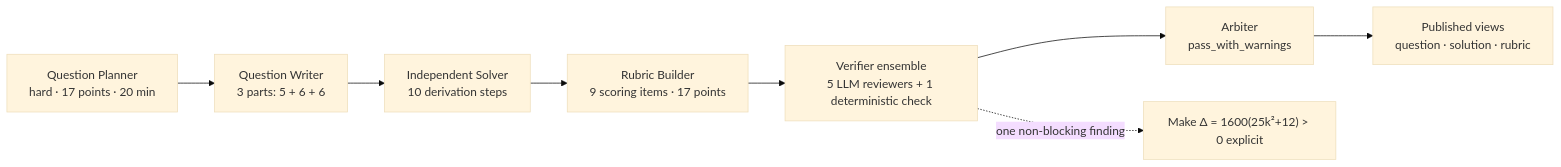
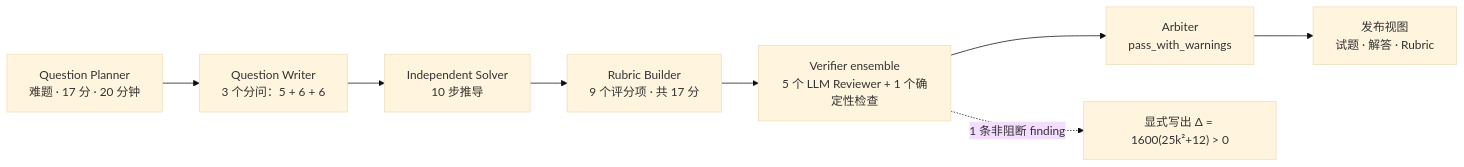
One commit to kyc001/assessment-workbench changed the second of 13 diagrams in README.md. Above: the diagram before and after it, drawn with Mermaid (base theme). The commit also changed other lines of this file and 2 other files, not shown here.

Commit message:
docs: make Chinese the default README

````diff
--- a/README.md
+++ b/README.md
@@ -121,11 +121,11 @@
 ```mermaid
 flowchart LR
-    Plan["Question Planner\nhard · 17 points · 20 min"] --> Writer["Question Writer\n3 parts: 5 + 6 + 6"]
-    Writer --> Solver["Independent Solver\n10 derivation steps"]
-    Solver --> Rubric["Rubric Builder\n9 scoring items · 17 points"]
-    Rubric --> Review["Verifier ensemble\n5 LLM reviewers + 1 deterministic check"]
+    Plan["Question Planner\n难题 · 17 分 · 20 分钟"] --> Writer["Question Writer\n3 个分问：5 + 6 + 6"]
+    Writer --> Solver["Independent Solver\n10 步推导"]
+    Solver --> Rubric["Rubric Builder\n9 个评分项 · 共 17 分"]
+    Rubric --> Review["Verifier ensemble\n5 个 LLM Reviewer + 1 个确定性检查"]
     Review --> Arbiter["Arbiter\npass_with_warnings"]
-    Arbiter --> Release["Published views\nquestion · solution · rubric"]
+    Arbiter --> Release["发布视图\n试题 · 解答 · Rubric"]
 
-    Review -. "one non-blocking finding" .-> Feedback["Make Δ = 1600(25k²+12) > 0 explicit"]
+    Review -. "1 条非阻断 finding" .-> Feedback["显式写出 Δ = 1600(25k²+12) > 0"]
 ```
````
